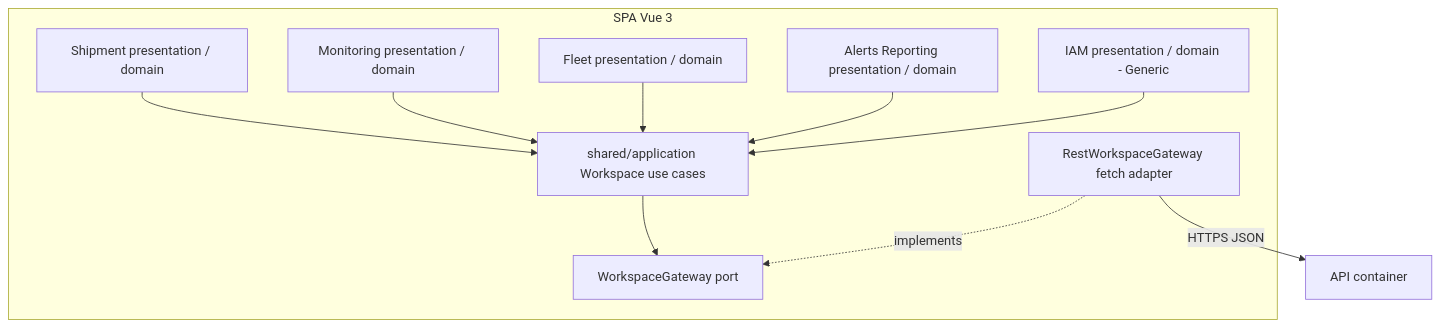
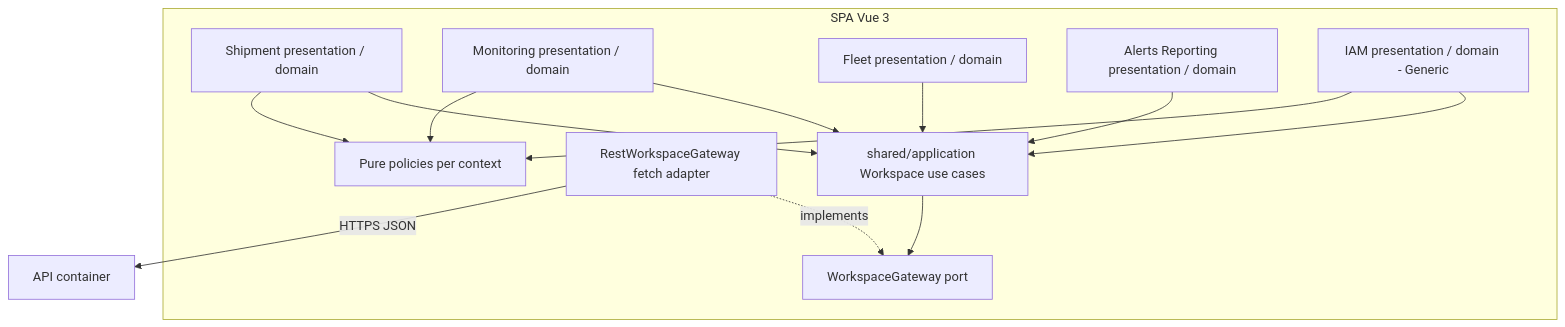
One commit to upc-pre-202620-1asi0730-8088-FrioTrackk/report-friotrack changed the diagram in assets/architecture/frontend-components.mmd. Above: the diagram before and after it, drawn with Mermaid. The commit also changed 19 other files, not shown here.

```diff
--- a/assets/architecture/frontend-components.mmd
+++ b/assets/architecture/frontend-components.mmd
@@ -1,19 +1,23 @@
 flowchart TB
   subgraph spa[SPA Vue 3]
     shipment[Shipment presentation / domain]
     monitoring[Monitoring presentation / domain]
     fleet[Fleet presentation / domain]
     alerts[Alerts Reporting presentation / domain]
     iam[IAM presentation / domain - Generic]
     app[shared/application Workspace use cases]
     port[WorkspaceGateway port]
     adapter[RestWorkspaceGateway fetch adapter]
     shipment --> app
     monitoring --> app
     fleet --> app
     alerts --> app
     iam --> app
+    policies[Pure policies per context]
+    shipment --> policies
+    monitoring --> policies
+    iam --> policies
     app --> port
     adapter -. implements .-> port
   end
   adapter -->|HTTPS JSON| api[API container]
```
